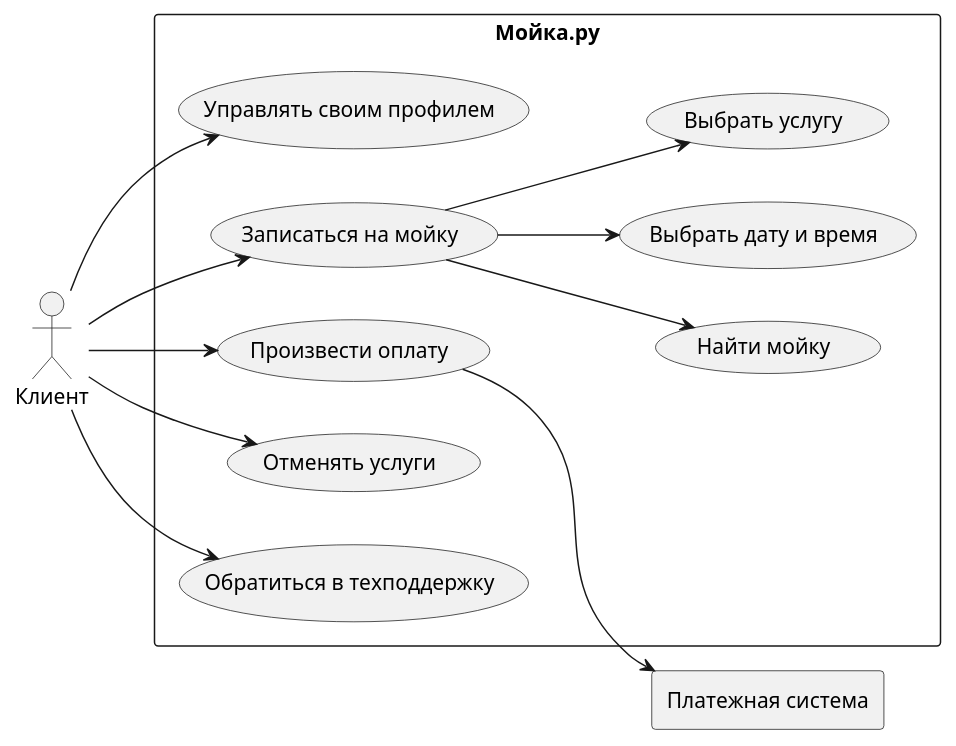
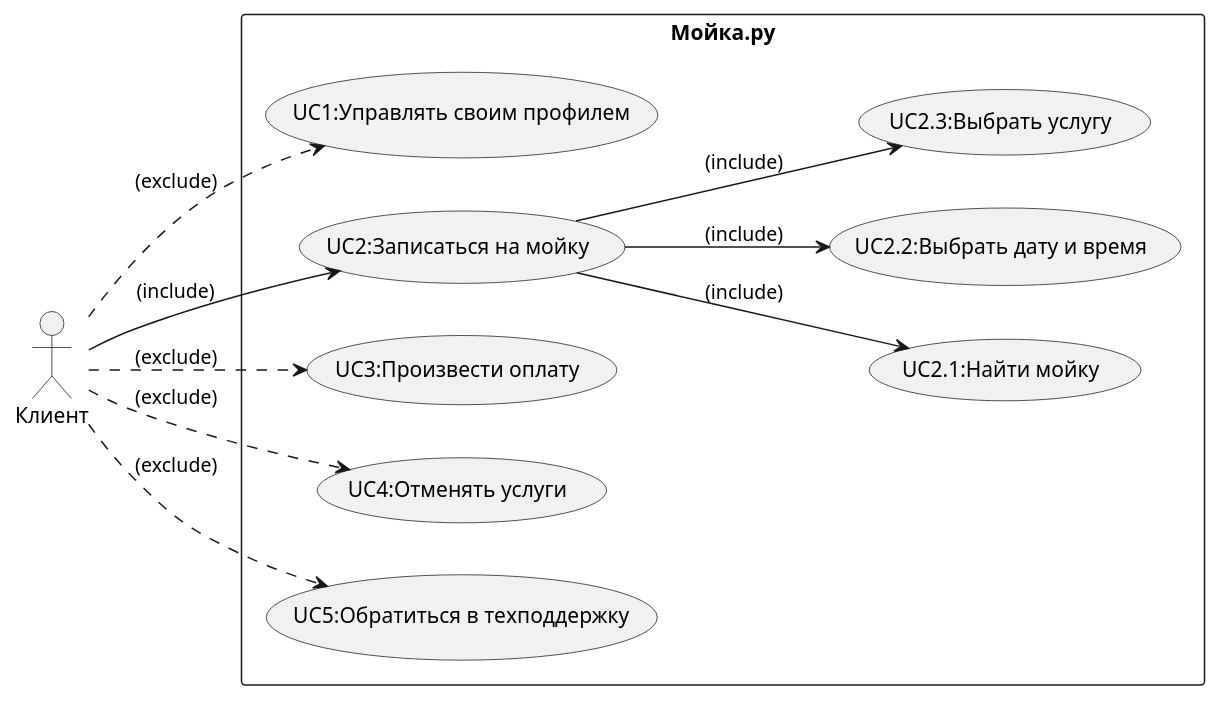
One commit to shandro0/Car-wash changed the diagram in README.md. Above: the diagram before and after it, drawn with PlantUML.

````diff
--- a/README.md
+++ b/README.md
@@ -23,32 +21,38 @@
 ```plantuml
+
+
 
 
 @startuml
 left to right direction
 actor "Клиент" as client
-rectangle "Платежная система" as ps
+
 rectangle  Мойка.ру  {
-  usecase "Управлять своим профилем" as UC1
-  usecase "Записаться на мойку" as UC2
-  usecase "Найти мойку" as UC2.1
-  usecase "Выбрать дату и время" as UC2.2
-  usecase "Выбрать услугу" as UC2.3
-  usecase "Произвести оплату" as UC3
-  usecase "Отменять услуги" as UC4
-  usecase "Обратиться в техподдержку" as UC5
+  usecase "UC1:Управлять своим профилем" as UC1
+  usecase "UC2:Записаться на мойку" as UC2
+  usecase "UC2.1:Найти мойку" as UC2.1
+  usecase "UC2.2:Выбрать дату и время" as UC2.2
+  usecase "UC2.3:Выбрать услугу" as UC2.3
+  usecase "UC3:Произвести оплату" as UC3
+  usecase "UC4:Отменять услуги" as UC4
+  usecase "UC5:Обратиться в техподдержку" as UC5
   
 }
-client --> UC1
-client --> UC2
-UC2 --> UC2.1
-UC2 --> UC2.2
-UC2 --> UC2.3
-client --> UC3
-client --> UC4
-client --> UC5
+client ..> UC1:(exclude)
+client --> UC2:(include)
+UC2 --> UC2.1:(include)
+UC2 --> UC2.2:(include)
+UC2 --> UC2.3:(include)
+client ..> UC3:(exclude)
+client ..> UC4:(exclude)
+client ..> UC5:(exclude)
 
-UC3 --> ps
+
 
 @enduml
 
+@enduml
+
+
+
 ```
````
